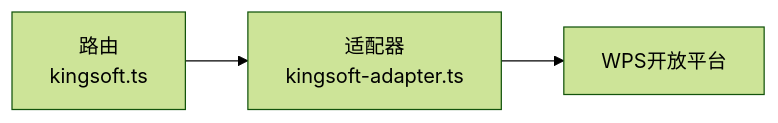
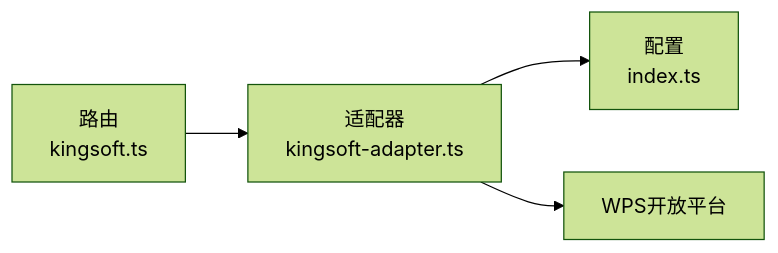
One commit to Ren-chao02/wps_dbsheet_examination_system changed the seventh of 7 diagrams in .qoder/repowiki/zh/content/验证引擎/金山API集成.md. Above: the diagram before and after it, drawn with Mermaid (forest theme). The commit also changed other lines of this file and 64 other files, not shown here.

````diff
--- a/.qoder/repowiki/zh/content/验证引擎/金山API集成.md
+++ b/.qoder/repowiki/zh/content/验证引擎/金山API集成.md
@@ -237,5 +257,6 @@
 ```mermaid
 graph LR
 Route["路由<br/>kingsoft.ts"] --> Adapter["适配器<br/>kingsoft-adapter.ts"]
+Adapter --> Config["配置<br/>index.ts"]
 Adapter --> WPS["WPS开放平台"]
 ```
````
